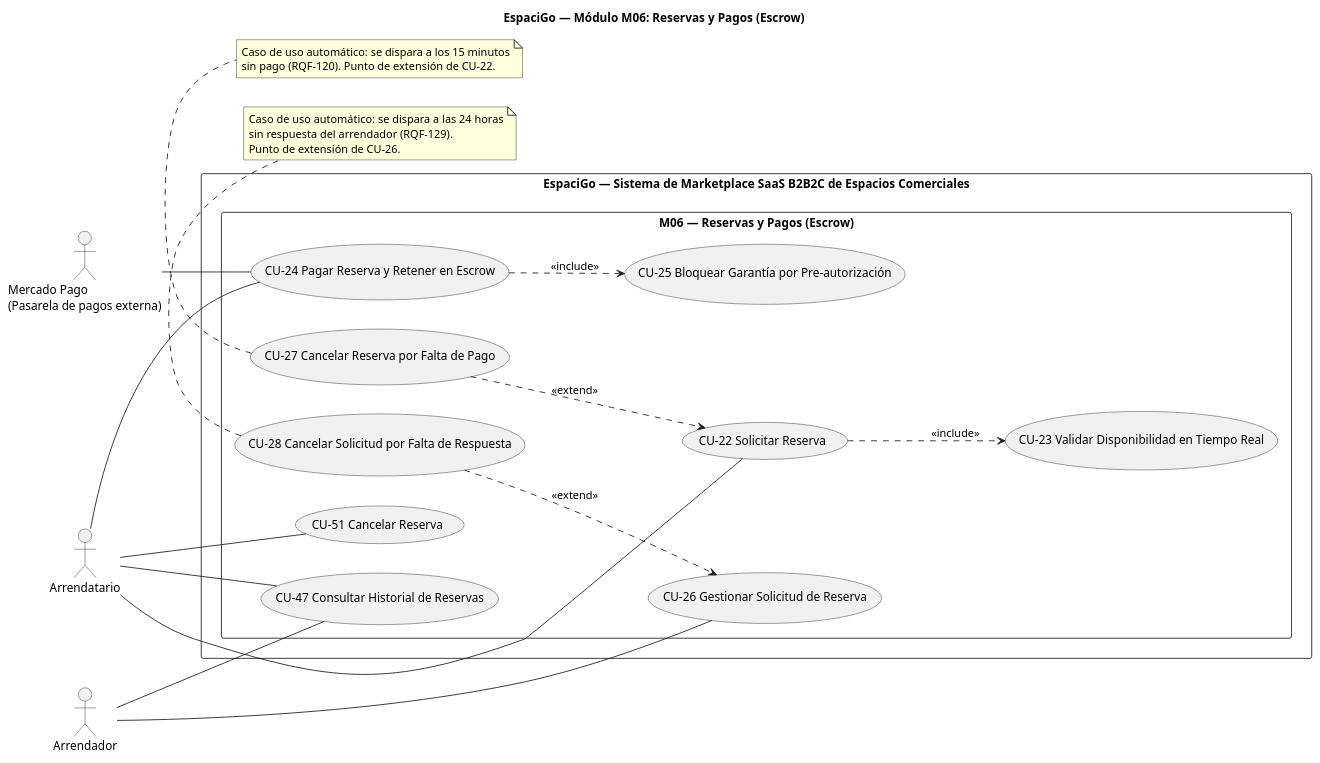
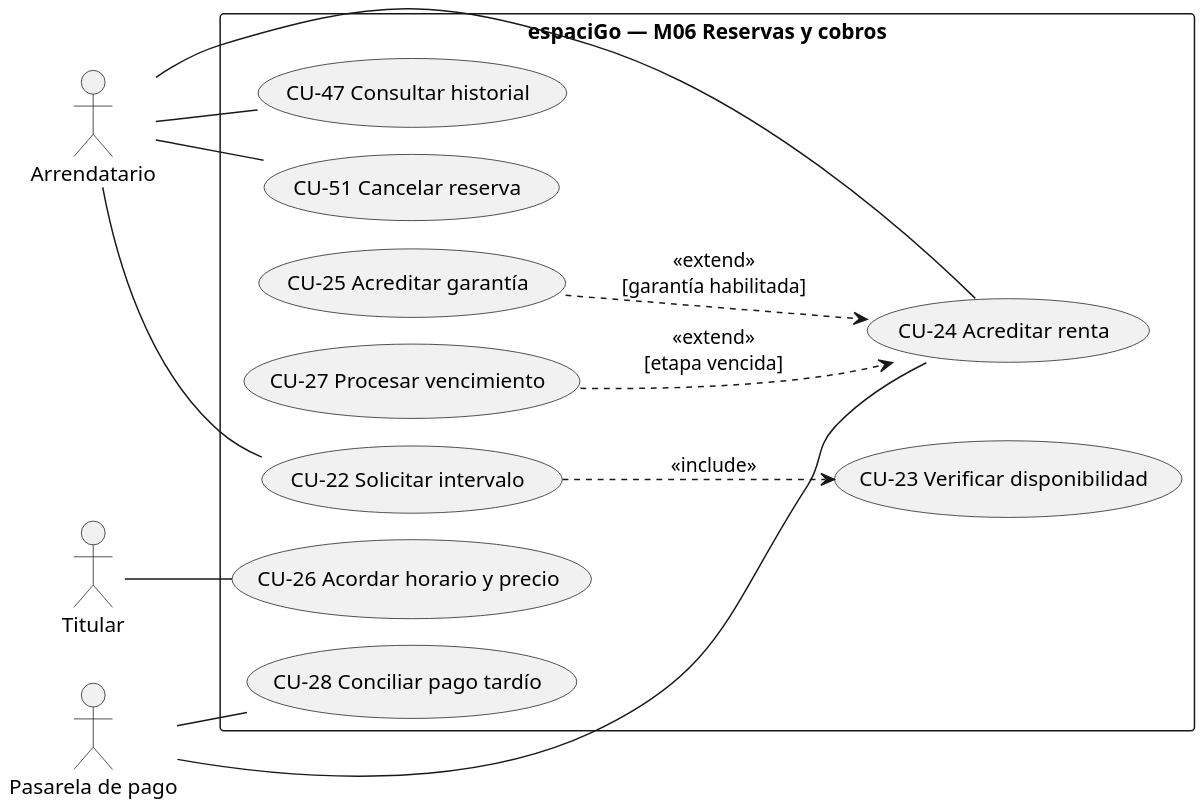
Before and after one commit to HernanEspinozaDev/proyectotitulo: the diagram in tesis_final/assets/diagramas_src/anexo_c/cu_m06_reservas_escrow.puml, drawn with PlantUML. The commit also changed 75 other files, not shown here.

```diff
--- a/tesis_final/assets/diagramas_src/anexo_c/cu_m06_reservas_escrow.puml
+++ b/tesis_final/assets/diagramas_src/anexo_c/cu_m06_reservas_escrow.puml
@@ -1,47 +1,30 @@
 @startuml
-title EspaciGo — Módulo M06: Reservas y Pagos (Escrow)
+!pragma layout smetana
+skinparam shadowing false
 left to right direction
-skinparam packageStyle rectangle
-
-actor "Arrendatario" as ARREN
-actor "Arrendador" as ARR
-actor "Mercado Pago\n(Pasarela de pagos externa)" as MP
-
-rectangle "EspaciGo — Sistema de Marketplace SaaS B2B2C de Espacios Comerciales" {
-  package "M06 — Reservas y Pagos (Escrow)" {
-    usecase "CU-22 Solicitar Reserva" as CU22
-    usecase "CU-23 Validar Disponibilidad en Tiempo Real" as CU23
-    usecase "CU-24 Pagar Reserva y Retener en Escrow" as CU24
-    usecase "CU-25 Bloquear Garantía por Pre-autorización" as CU25
-    usecase "CU-26 Gestionar Solicitud de Reserva" as CU26
-    usecase "CU-27 Cancelar Reserva por Falta de Pago" as CU27
-    usecase "CU-28 Cancelar Solicitud por Falta de Respuesta" as CU28
-    usecase "CU-47 Consultar Historial de Reservas" as CU47
-    usecase "CU-51 Cancelar Reserva" as CU51
-  }
+skinparam dpi 170
+actor "Arrendatario" as AR
+actor "Titular" as TI
+actor "Pasarela de pago" as PSP
+rectangle "espaciGo — M06 Reservas y cobros" {
+  usecase "CU-22 Solicitar intervalo" as CU22
+  usecase "CU-23 Verificar disponibilidad" as CU23
+  usecase "CU-26 Acordar horario y precio" as CU26
+  usecase "CU-24 Acreditar renta" as CU24
+  usecase "CU-25 Acreditar garantía" as CU25
+  usecase "CU-27 Procesar vencimiento" as CU27
+  usecase "CU-28 Conciliar pago tardío" as CU28
+  usecase "CU-47 Consultar historial" as CU47
+  usecase "CU-51 Cancelar reserva" as CU51
 }
-
-ARREN -- CU22
-ARREN -- CU24
-ARR -- CU26
-MP -- CU24
-ARREN -- CU47
-ARR -- CU47
-ARREN -- CU51
-
+AR -- CU22
+TI -- CU26
+AR -- CU24
+PSP -- CU24
+PSP -- CU28
+AR -- CU47
+AR -- CU51
 CU22 ..> CU23 : <<include>>
-CU24 ..> CU25 : <<include>>
-CU27 ..> CU22 : <<extend>>
-CU28 ..> CU26 : <<extend>>
-
-note bottom of CU27
-  Caso de uso automático: se dispara a los 15 minutos
-  sin pago (RQF-120). Punto de extensión de CU-22.
-end note
-
-note bottom of CU28
-  Caso de uso automático: se dispara a las 24 horas
-  sin respuesta del arrendador (RQF-129).
-  Punto de extensión de CU-26.
-end note
+CU25 ..> CU24 : <<extend>>\n[garantía habilitada]
+CU27 ..> CU24 : <<extend>>\n[etapa vencida]
 @enduml
```
